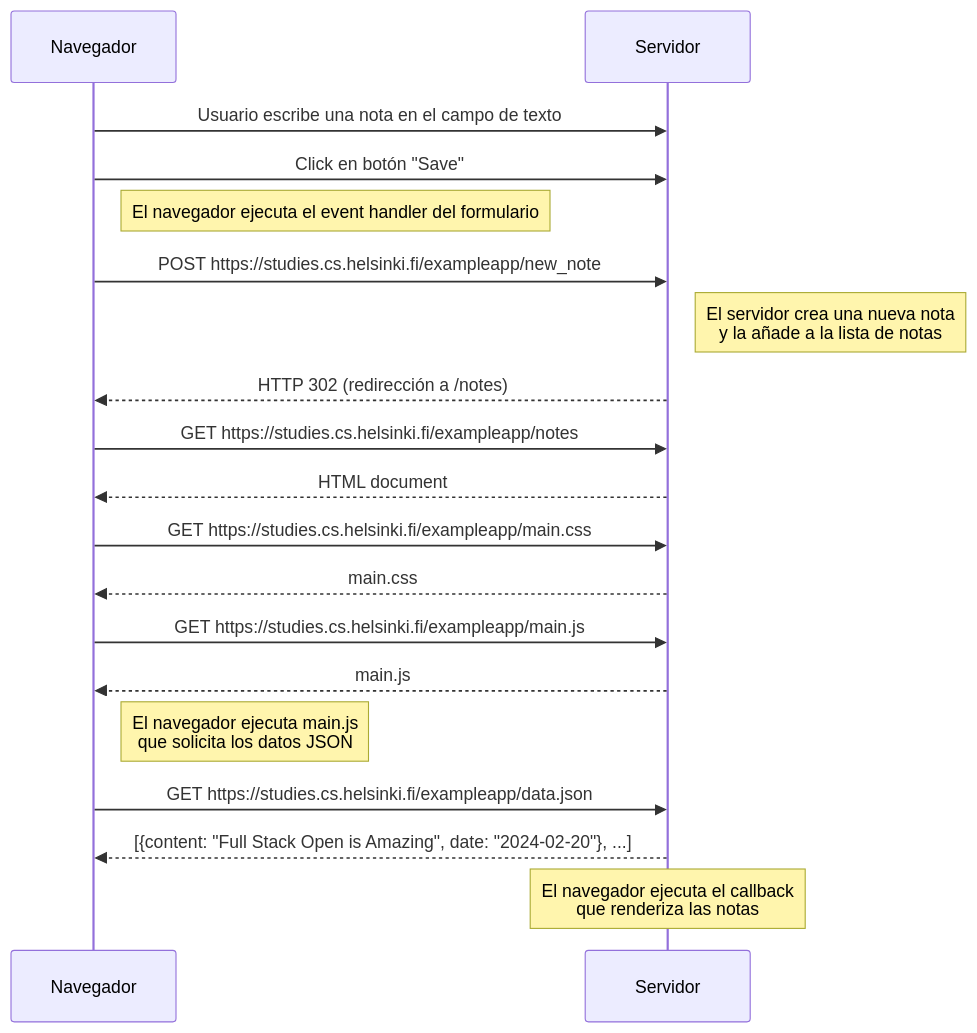
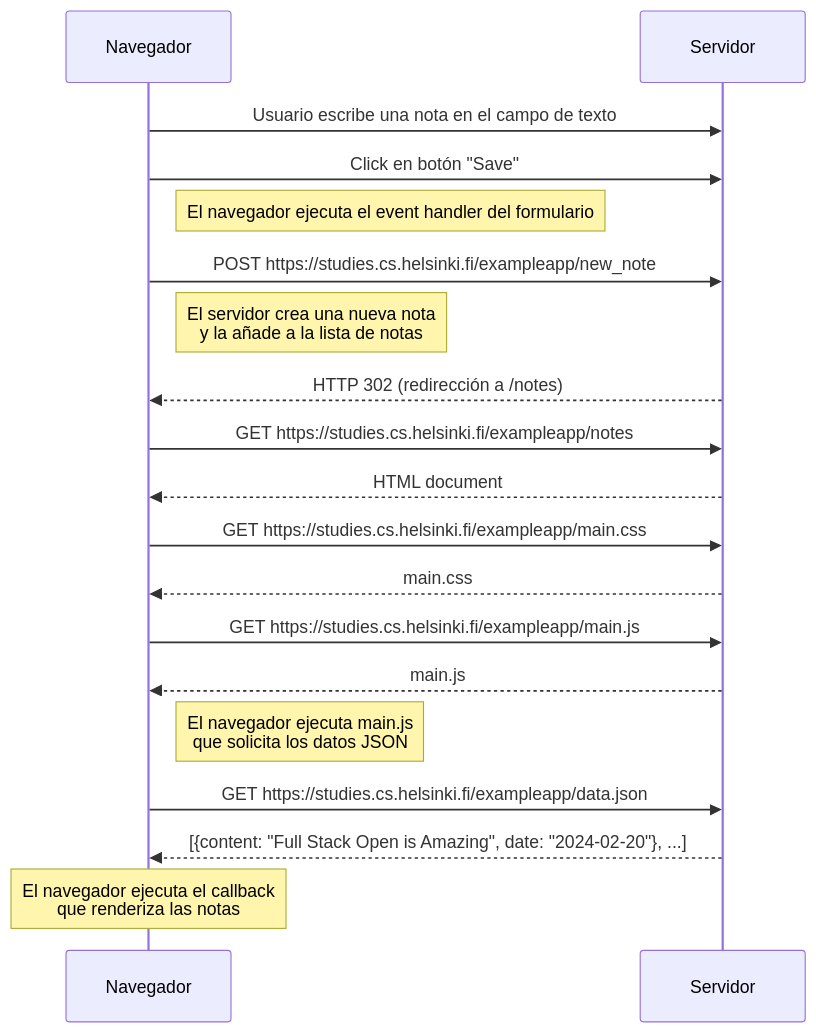
The diagram in exercise 0.4.md (aiantorres/FullStackOpen), drawn with Mermaid before and after one commit.

Commit message:
Update exercise 0.4.md

````diff
--- a/exercise 0.4.md
+++ b/exercise 0.4.md
@@ -1,27 +1,27 @@
 ```mermaid
 sequenceDiagram
  
     participant Navegador
     participant Servidor
     Navegador->>Servidor: Usuario escribe una nota en el campo de texto
     Navegador->>Servidor: Click en botón "Save"
     Note right of Navegador: El navegador ejecuta el event handler del formulario
 
 
     Navegador->>Servidor: POST https://studies.cs.helsinki.fi/exampleapp/new_note
-    Note right of Servidor: El servidor crea una nueva nota<br/>y la añade a la lista de notas
+    Note right of Navegador: El servidor crea una nueva nota<br/>y la añade a la lista de notas
     Servidor-->>Navegador: HTTP 302 (redirección a /notes)
     Navegador->>Servidor: GET https://studies.cs.helsinki.fi/exampleapp/notes
     Servidor-->>Navegador: HTML document
     Navegador->>Servidor: GET https://studies.cs.helsinki.fi/exampleapp/main.css
     Servidor-->>Navegador: main.css
     Navegador->>Servidor: GET https://studies.cs.helsinki.fi/exampleapp/main.js
     Servidor-->>Navegador: main.js
     Note right of Navegador: El navegador ejecuta main.js<br/>que solicita los datos JSON
     Navegador->>Servidor: GET https://studies.cs.helsinki.fi/exampleapp/data.json
     Servidor-->>Navegador: [{content: "Full Stack Open is Amazing", date: "2024-02-20"}, ...]
-    Note over Servidor: El navegador ejecuta el callback<br/>que renderiza las notas
+    Note over Navegador: El navegador ejecuta el callback<br/>que renderiza las notas
 
 
 
 ```
````
